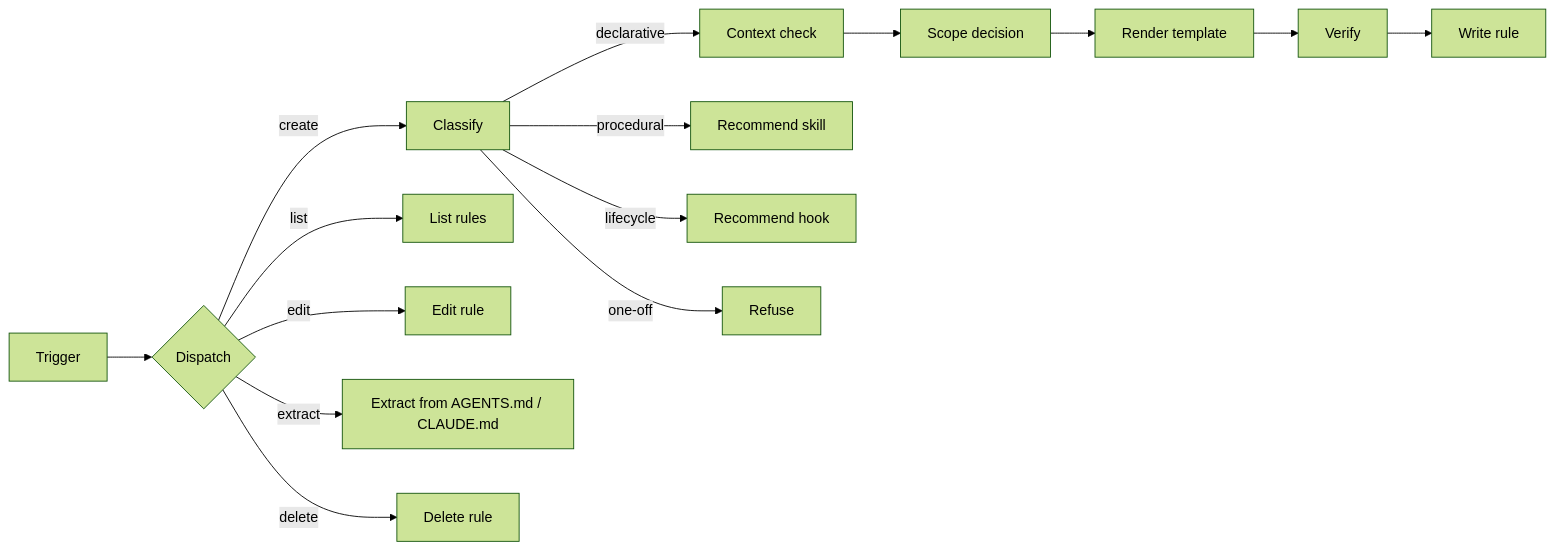
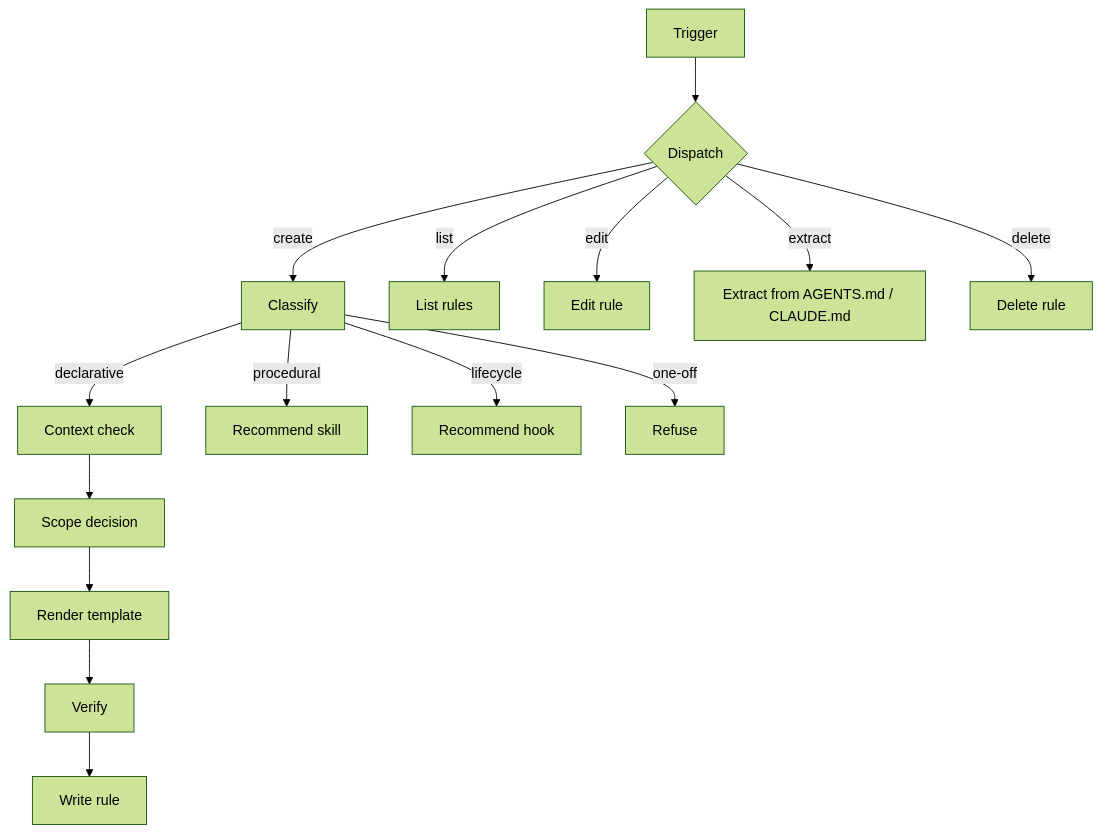
The diagram in skills/engineering/rule-creator/README.md (adeonir/agent-skills), drawn with Mermaid (forest theme) before and after one commit. The commit also changed other lines of this file and 4 other files, not shown here.

````diff
--- a/skills/engineering/rule-creator/README.md
+++ b/skills/engineering/rule-creator/README.md
@@ -9,17 +9,17 @@
 ```mermaid
-flowchart LR
+flowchart TD
     T[Trigger] --> D{Dispatch}
     D -->|create| C[Classify]
     C -->|declarative| X[Context check]
     C -->|procedural| SK[Recommend skill]
     C -->|lifecycle| HK[Recommend hook]
     C -->|one-off| OF[Refuse]
     X --> S[Scope decision]
     S --> R[Render template]
     R --> V[Verify]
     V --> W[Write rule]
     D -->|list| L[List rules]
     D -->|edit| E[Edit rule]
     D -->|extract| EX[Extract from AGENTS.md / CLAUDE.md]
     D -->|delete| DL[Delete rule]
 ```
````
